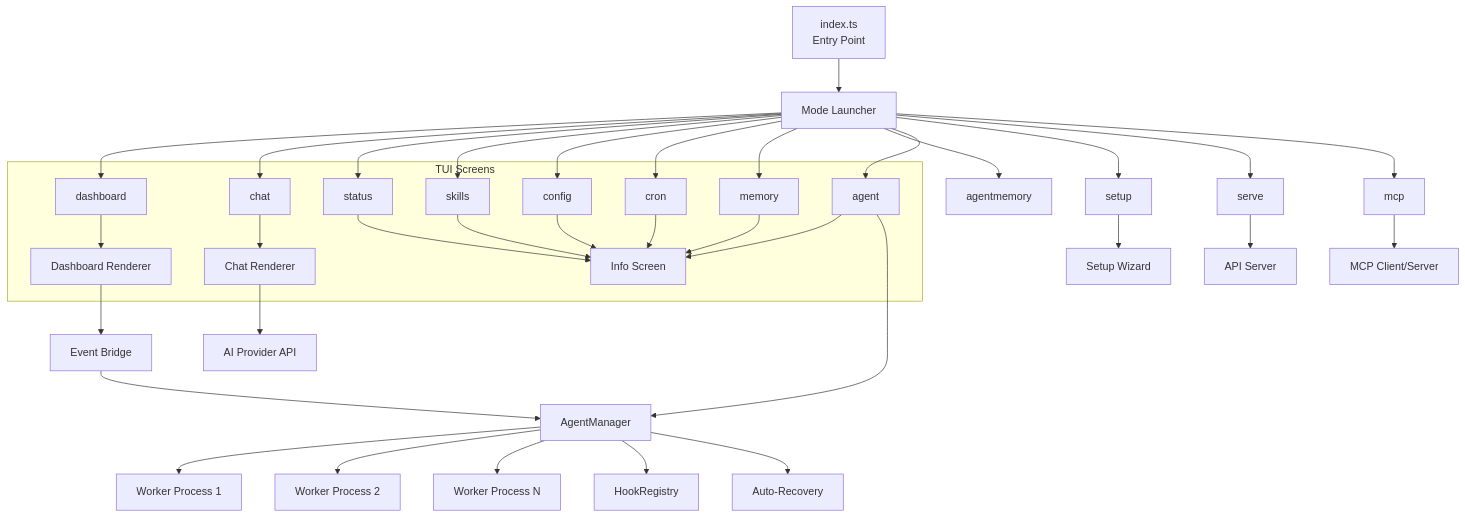
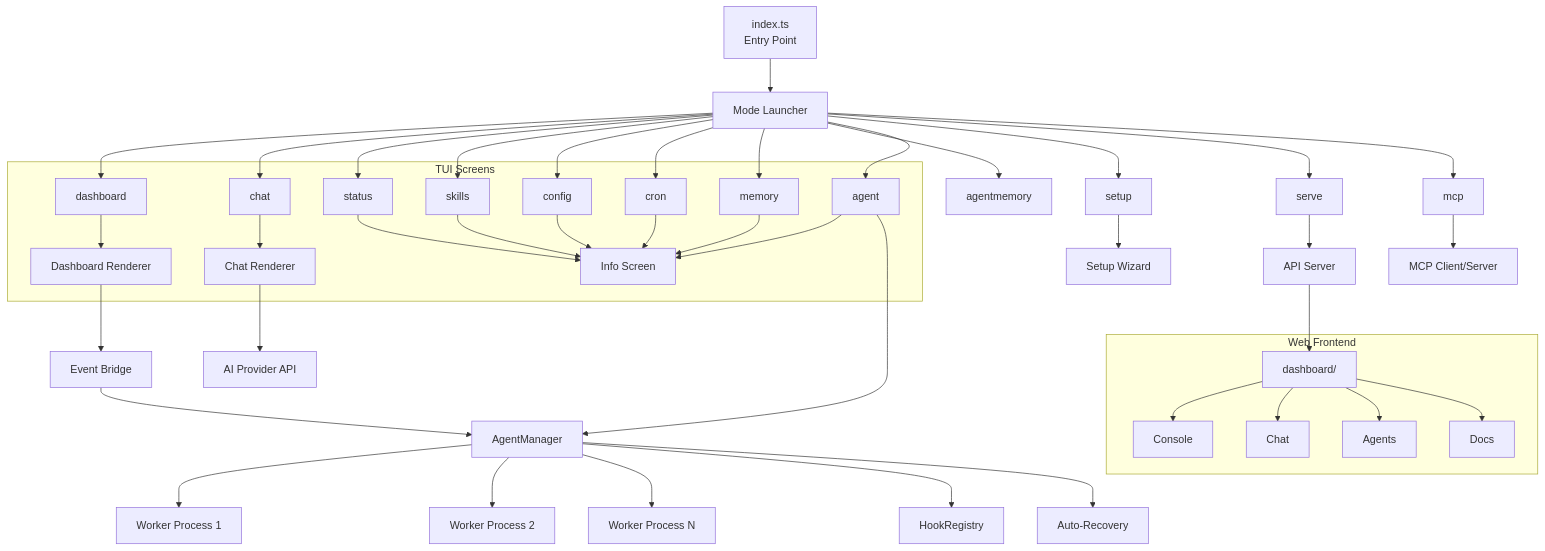
One commit to KunjShah95/neuron-os changed the first of 2 diagrams in README.md. Above: the diagram before and after it, drawn with Mermaid. The commit also changed other lines of this file and 39 other files, not shown here.

````diff
--- a/README.md
+++ b/README.md
@@ -153,41 +193,50 @@
 ```mermaid
 graph TD
     CLI[index.ts<br/>Entry Point] --> ML[Mode Launcher]
     ML --> D[dashboard]
     ML --> C[chat]
     ML --> ST[status]
     ML --> SK[skills]
     ML --> CFG[config]
     ML --> CR[cron]
     ML --> MEM[memory]
     ML --> AMEM[agentmemory]
     ML --> A[agent]
     ML --> S[setup]
     ML --> SV[serve]
     ML --> MCP[mcp]
 
+    subgraph "Web Frontend"
+        WB[dashboard/]
+        WB --> WB1[Console]
+        WB --> WB2[Chat]
+        WB --> WB3[Agents]
+        WB --> WB4[Docs]
+    end
+
     subgraph "TUI Screens"
         D --> DTUI[Dashboard Renderer]
         C --> CTUI[Chat Renderer]
         ST --> ITUI[Info Screen]
         SK --> ITUI
         CFG --> ITUI
         CR --> ITUI
         MEM --> ITUI
         A --> ITUI
     end
 
     A --> AM[AgentManager]
     S --> Wiz[Setup Wizard]
     SV --> API[API Server]
     MCP --> MCPC[MCP Client/Server]
+    API --> WB
 
     AM --> W1[Worker Process 1]
     AM --> W2[Worker Process 2]
     AM --> WN[Worker Process N]
     AM --> HR[HookRegistry]
     AM --> RC[Auto-Recovery]
     CTUI --> AI[AI Provider API]
     DTUI --> EB[Event Bridge]
     EB --> AM
 ```
````
